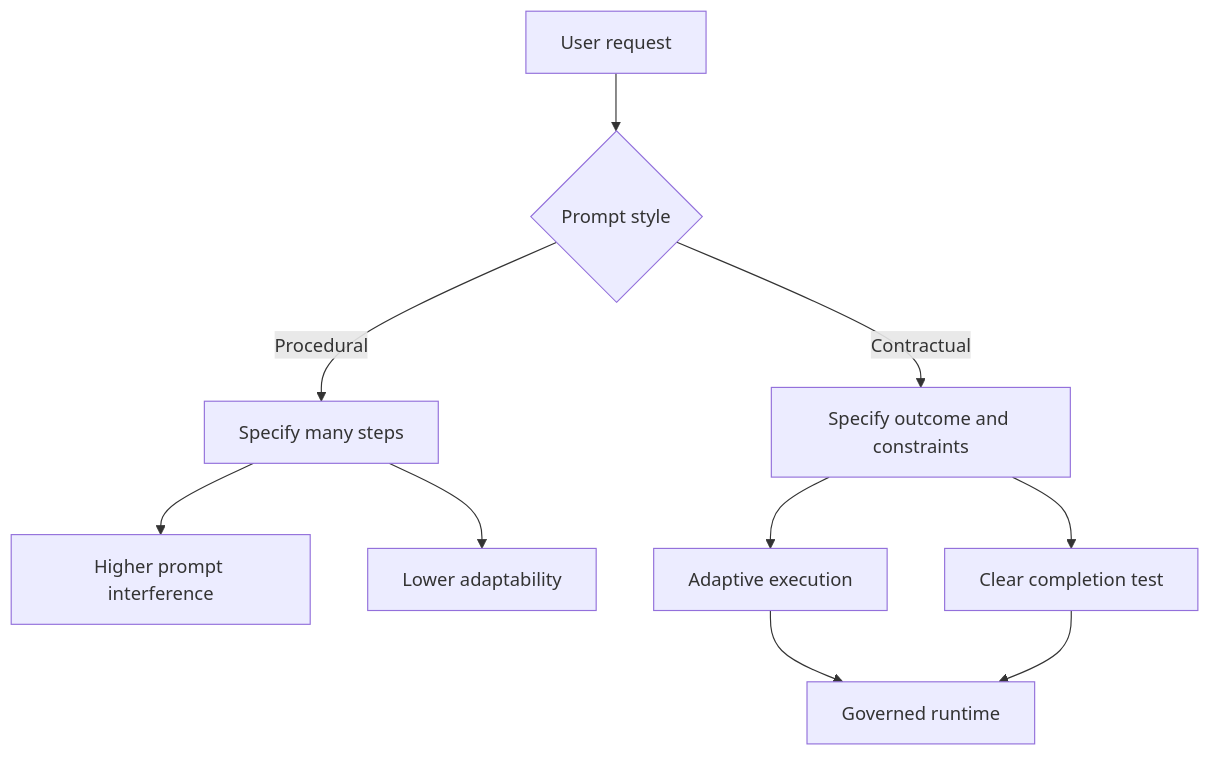
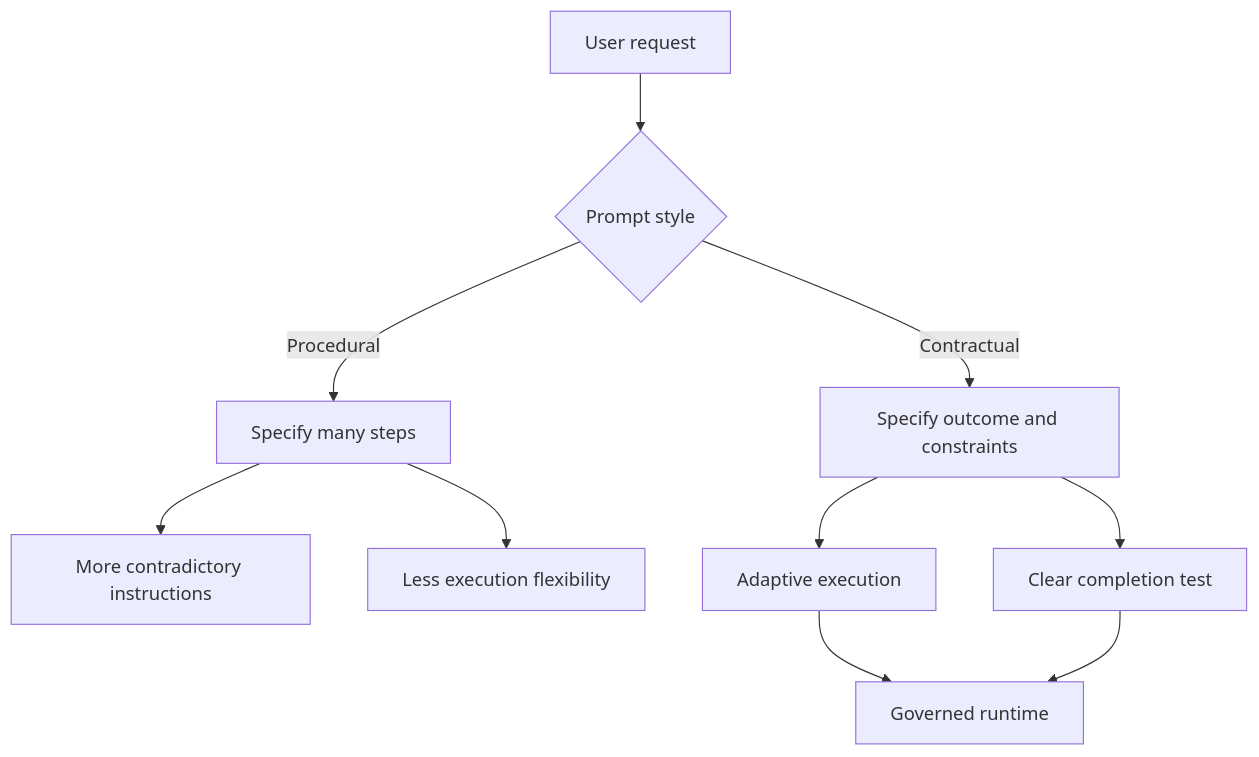
One commit to rmax-ai/rmax-ai.github.io changed the first of 3 diagrams in notes/prompts-as-contracts-gpt-5-6-agent-design/index.md. Above: the diagram before and after it, drawn with Mermaid. The commit also changed other lines of this file and 1 other file, not shown here.

````diff
--- a/notes/prompts-as-contracts-gpt-5-6-agent-design/index.md
+++ b/notes/prompts-as-contracts-gpt-5-6-agent-design/index.md
@@ -48,12 +48,12 @@
 ```mermaid
 flowchart TD
     A[User request] --> B{Prompt style}
     B -->|Procedural| C[Specify many steps]
     B -->|Contractual| D[Specify outcome and constraints]
-    C --> E[Higher prompt interference]
-    C --> F[Lower adaptability]
+    C --> E[More contradictory instructions]
+    C --> F[Less execution flexibility]
     D --> G[Adaptive execution]
     D --> H[Clear completion test]
     G --> I[Governed runtime]
     H --> I
 ```
````
